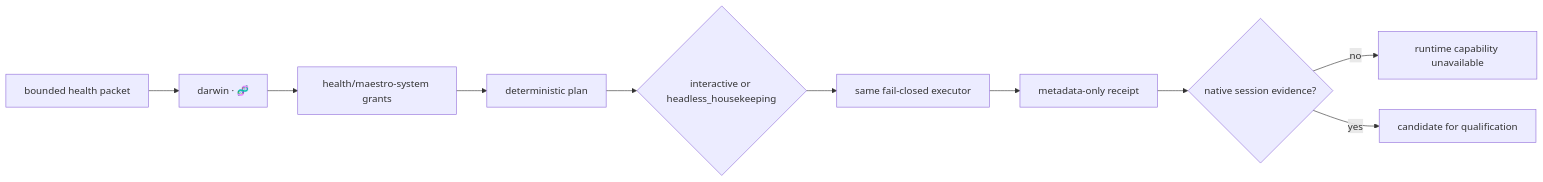
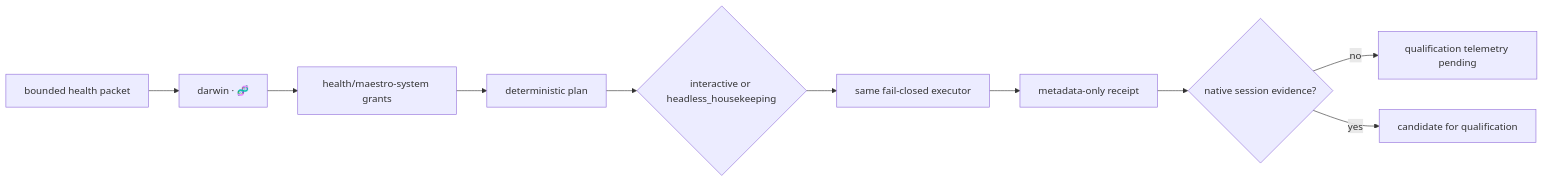
Before and after one commit to agentic-os-brasil/bcg-brasil-agentic-os: the diagram in docs/darwin-conformance-matrix.md, drawn with Mermaid. The commit also changed other lines of this file and 37 other files, not shown here.

````diff
--- a/docs/darwin-conformance-matrix.md
+++ b/docs/darwin-conformance-matrix.md
@@ -6,12 +6,12 @@
 ```mermaid
 flowchart LR
     Packet["bounded health packet"] --> Identity["darwin · 🧬"]
     Identity --> Scope["health/maestro-system grants"]
     Scope --> Plan["deterministic plan"]
     Plan --> Modes{"interactive or headless_housekeeping"}
     Modes --> Execute["same fail-closed executor"]
     Execute --> Receipt["metadata-only receipt"]
     Receipt --> Native{"native session evidence?"}
-    Native -->|no| Unavailable["runtime capability unavailable"]
+    Native -->|no| Telemetry["qualification telemetry pending"]
     Native -->|yes| Qualified["candidate for qualification"]
 ```
````
